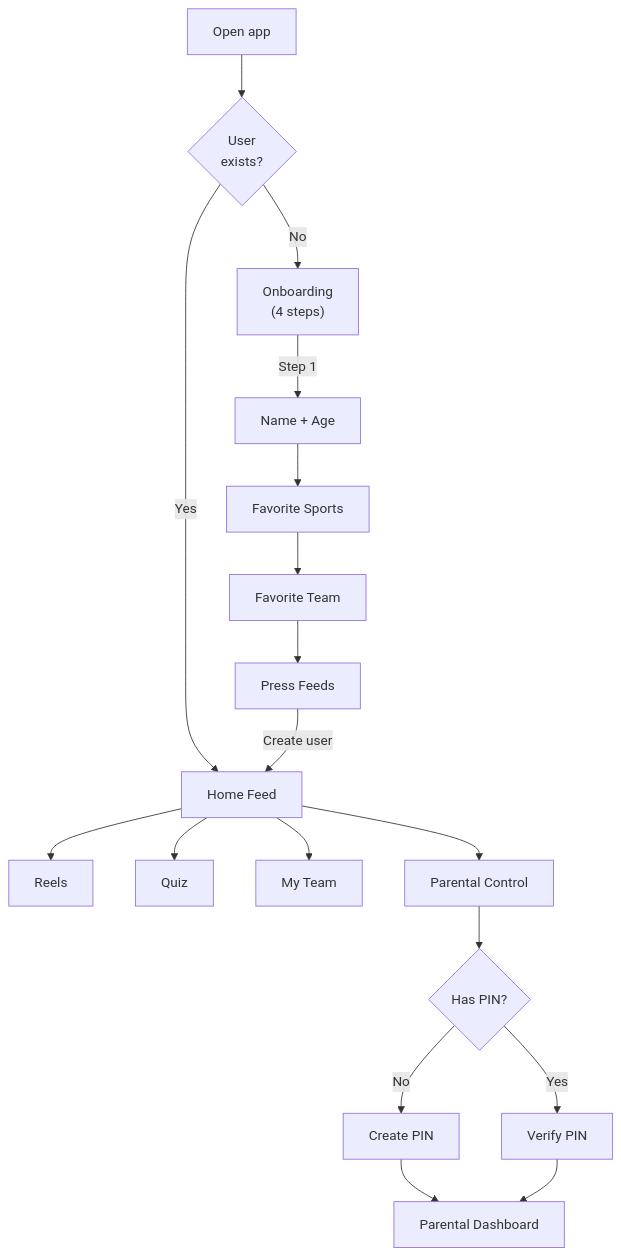
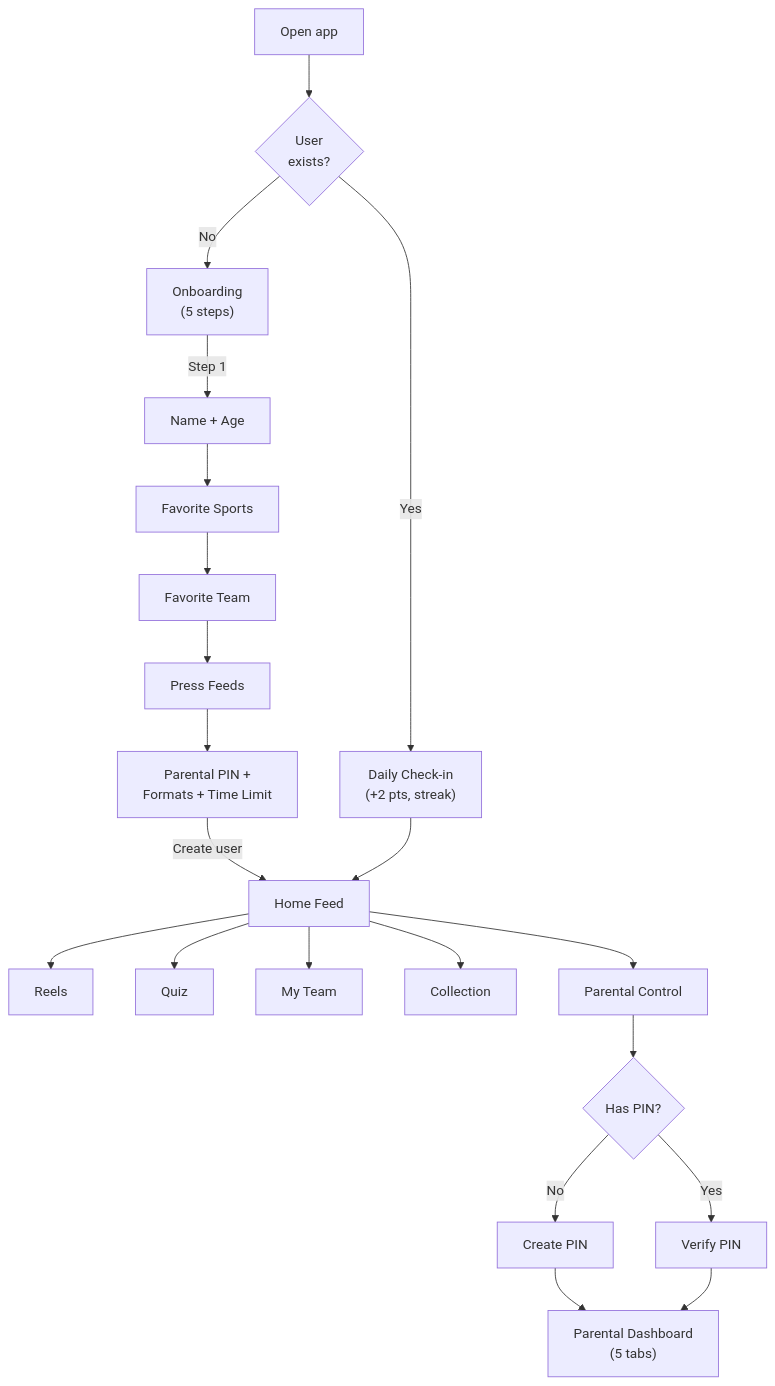
The first of 5 diagrams in docs/en/05-user-flows.md (durdy48/SportyKids), drawn with Mermaid before and after one commit. The commit also changed other lines of this file and 22 other files, not shown here.

````diff
--- a/docs/en/05-user-flows.md
+++ b/docs/en/05-user-flows.md
@@ -5,23 +5,27 @@
 ```mermaid
 flowchart TD
     START["Open app"] --> CHECK{"User<br/>exists?"}
-    CHECK -->|No| ONB["Onboarding<br/>(4 steps)"]
-    CHECK -->|Yes| HOME["Home Feed"]
+    CHECK -->|No| ONB["Onboarding<br/>(5 steps)"]
+    CHECK -->|Yes| CHECKIN["Daily Check-in<br/>(+2 pts, streak)"]
 
     ONB --> |Step 1| NAME["Name + Age"]
     NAME --> SPORTS["Favorite Sports"]
     SPORTS --> TEAM["Favorite Team"]
     TEAM --> FEEDS["Press Feeds"]
-    FEEDS --> |Create user| HOME
+    FEEDS --> PIN_SETUP["Parental PIN +<br/>Formats + Time Limit"]
+    PIN_SETUP --> |Create user| HOME
+
+    CHECKIN --> HOME["Home Feed"]
 
     HOME --> REELS["Reels"]
     HOME --> QUIZ["Quiz"]
     HOME --> MYTEAM["My Team"]
+    HOME --> COLLECTION["Collection"]
     HOME --> PARENTS["Parental Control"]
 
     PARENTS --> PIN{"Has PIN?"}
     PIN -->|No| CREATE_PIN["Create PIN"]
     PIN -->|Yes| VERIFY["Verify PIN"]
-    CREATE_PIN --> PANEL["Parental Dashboard"]
+    CREATE_PIN --> PANEL["Parental Dashboard<br/>(5 tabs)"]
     VERIFY --> PANEL
 ```
````
